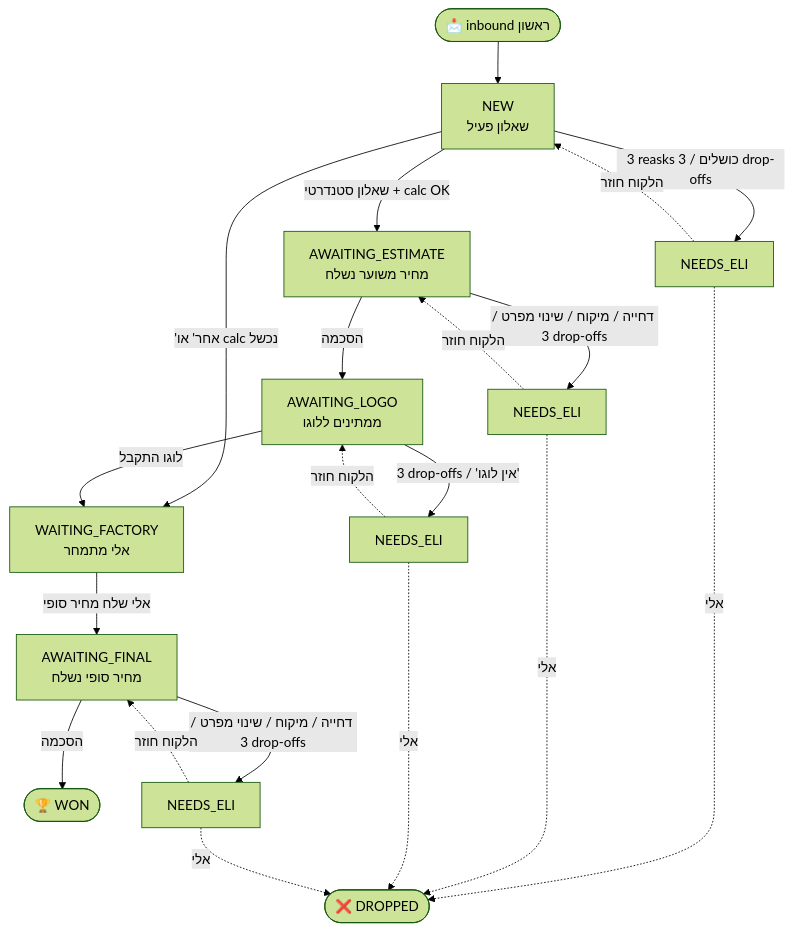
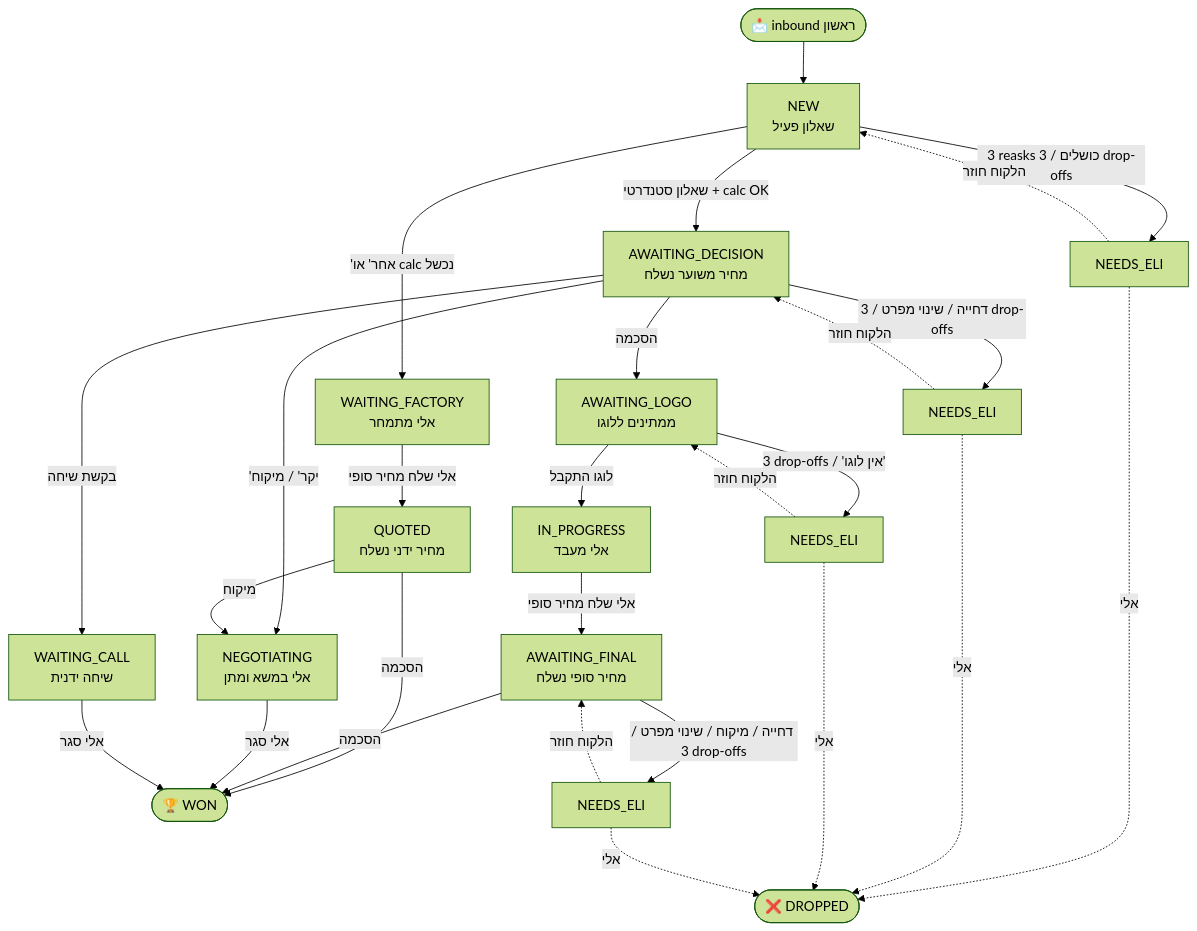
The diagram in docs/CUSTOMER-FLOW.md (elishosh687-spec/albadi-crm), drawn with Mermaid (forest theme) before and after one commit. The commit also changed other lines of this file and 2 other files, not shown here.

First line of the commit message:
docs(stages): align customer-flow doc with the 11-stage code reality

````diff
--- a/docs/CUSTOMER-FLOW.md
+++ b/docs/CUSTOMER-FLOW.md
@@ -43,30 +58,37 @@
 ```mermaid
 flowchart TD
     Start([📩 inbound ראשון]) --> NEW
 
     NEW[NEW<br/>שאלון פעיל]
-    NEW -- שאלון סטנדרטי + calc OK --> AE[AWAITING_ESTIMATE<br/>מחיר משוער נשלח]
+    NEW -- שאלון סטנדרטי + calc OK --> AD[AWAITING_DECISION<br/>מחיר משוער נשלח]
     NEW -- 'אחר' או calc נכשל --> WF[WAITING_FACTORY<br/>אלי מתמחר]
     NEW -- 3 reasks כושלים / 3 drop-offs --> NE_NEW[NEEDS_ELI]
 
-    AE -- הסכמה --> AL[AWAITING_LOGO<br/>ממתינים ללוגו]
-    AE -- דחייה / מיקוח / שינוי מפרט / 3 drop-offs --> NE_AE[NEEDS_ELI]
+    AD -- הסכמה --> AL[AWAITING_LOGO<br/>ממתינים ללוגו]
+    AD -- 'יקר' / מיקוח --> NEG[NEGOTIATING<br/>אלי במשא ומתן]
+    AD -- בקשת שיחה --> WC[WAITING_CALL<br/>שיחה ידנית]
+    AD -- דחייה / שינוי מפרט / 3 drop-offs --> NE_AD[NEEDS_ELI]
 
-    AL -- לוגו התקבל --> WF
+    AL -- לוגו התקבל --> IP[IN_PROGRESS<br/>אלי מעבד]
     AL -- 3 drop-offs / 'אין לוגו' --> NE_AL[NEEDS_ELI]
 
-    WF -- אלי שלח מחיר סופי --> AF[AWAITING_FINAL<br/>מחיר סופי נשלח]
+    WF -- אלי שלח מחיר סופי --> Q[QUOTED<br/>מחיר ידני נשלח]
+    IP -- אלי שלח מחיר סופי --> AF[AWAITING_FINAL<br/>מחיר סופי נשלח]
 
-    AF -- הסכמה --> WON([🏆 WON])
+    Q -- הסכמה --> WON([🏆 WON])
+    Q -- מיקוח --> NEG
+    AF -- הסכמה --> WON
     AF -- דחייה / מיקוח / שינוי מפרט / 3 drop-offs --> NE_AF[NEEDS_ELI]
+    NEG -- אלי סגר --> WON
+    WC -- אלי סגר --> WON
 
     NE_NEW -. אלי .-> DROPPED([❌ DROPPED])
-    NE_AE -. אלי .-> DROPPED
+    NE_AD -. אלי .-> DROPPED
     NE_AL -. אלי .-> DROPPED
     NE_AF -. אלי .-> DROPPED
 
     NE_NEW -. הלקוח חוזר .-> NEW
-    NE_AE -. הלקוח חוזר .-> AE
+    NE_AD -. הלקוח חוזר .-> AD
     NE_AL -. הלקוח חוזר .-> AL
     NE_AF -. הלקוח חוזר .-> AF
 ```
````
